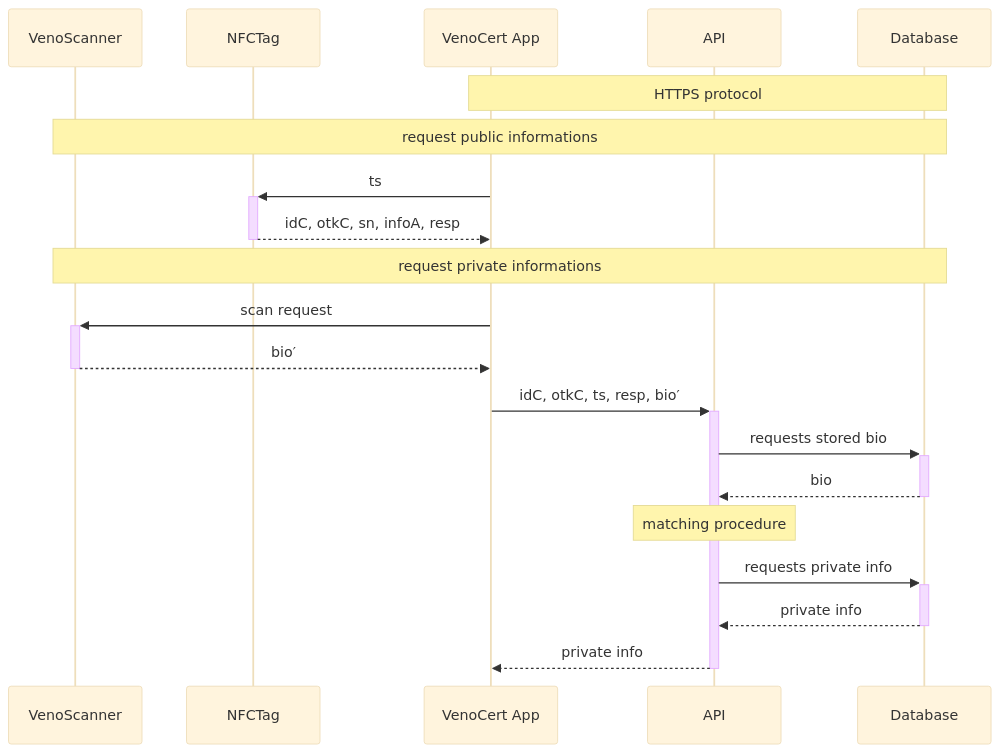
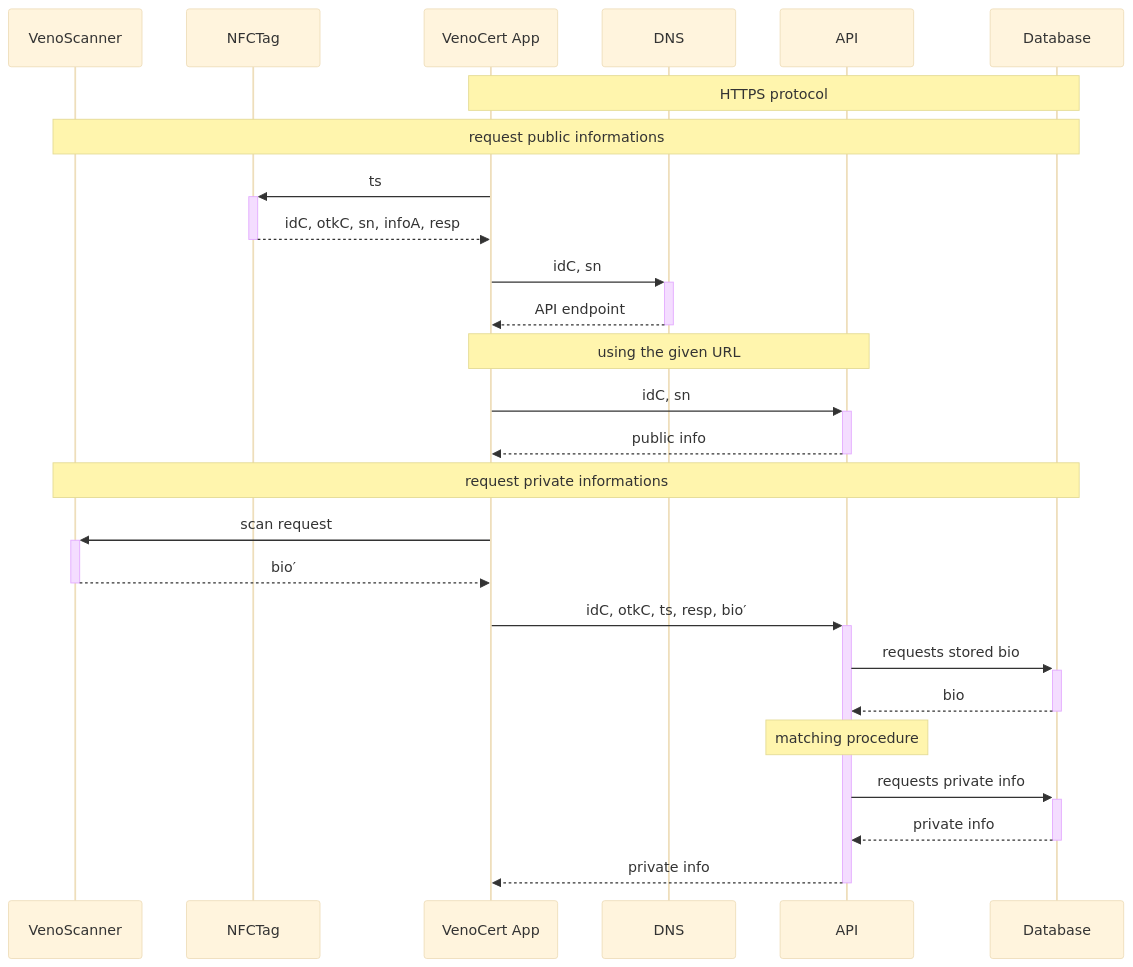
The diagram in diagrams/appWorkflowSequenceDiagram.md (quinteirosm/veinoCertAPI), drawn with Mermaid (base theme) before and after one commit. The commit also changed 13 other files, not shown here.

Commit message:
fix api and add diagram

````diff
--- a/diagrams/appWorkflowSequenceDiagram.md
+++ b/diagrams/appWorkflowSequenceDiagram.md
@@ -3,31 +3,39 @@
 ```mermaid
 sequenceDiagram
 participant vs as VenoScanner
 participant tag as NFCTag
 participant app as VenoCert App
+participant dns as DNS
 participant api as API
 participant db as Database
 
 note over app, db: HTTPS protocol
 
 note over vs, db: request public informations
 
 app ->>+ tag: ts
 tag -->>- app: idC, otkC, sn, infoA, resp
+
+app ->>+ dns: idC, sn
+dns -->>- app: API endpoint
+
+note over app, api: using the given URL
+app ->>+ api: idC, sn
+api -->>- app: public info
 
 note over vs, db: request private informations
 
 app ->>+ vs: scan request
 vs -->>- app: bio′
 
 app ->>+ api: idC, otkC, ts, resp, bio′
 api ->>+ db: requests stored bio
 db -->>- api: bio
 
 note over api: matching procedure
 
 api ->>+ db: requests private info
 db -->>- api: private info
 
 api -->>- app: private info
 ```
````
